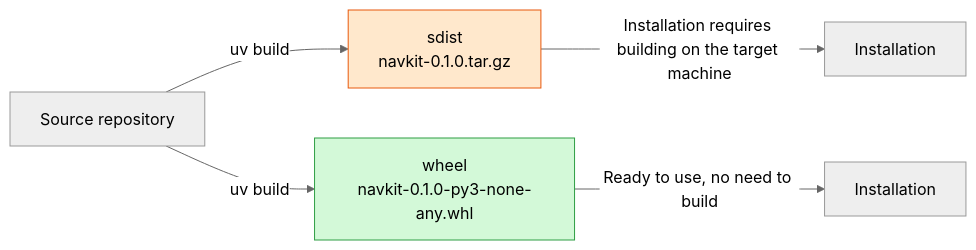
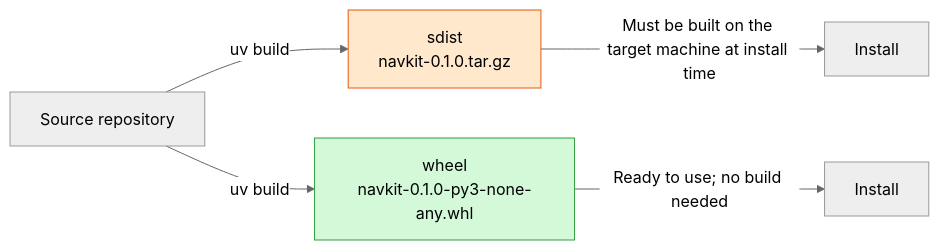
Before and after one commit to TingdeLiu/tingdeliu.github.io: diagram 16 of 22 in _translations/en/research/Python-Engineering-Survey.md, drawn with Mermaid (neutral theme). The commit also changed other lines of this file and 51 other files, not shown here.

````diff
--- a/_translations/en/research/Python-Engineering-Survey.md
+++ b/_translations/en/research/Python-Engineering-Survey.md
@@ -1397,9 +1397,9 @@
 ```mermaid
 flowchart LR
     SRC["Source repository"] -->|"uv build"| SD["sdist<br/>navkit-0.1.0.tar.gz"]
     SRC -->|"uv build"| WH["wheel<br/>navkit-0.1.0-py3-none-any.whl"]
-    SD -->|"Installation requires building on the target machine"| INST1["Installation"]
-    WH -->|"Ready to use, no need to build"| INST2["Installation"]
+    SD -->|"Must be built on the target machine at install time"| INST1["Install"]
+    WH -->|"Ready to use; no build needed"| INST2["Install"]
     style WH fill:#d3f9d8,stroke:#2f9e44
     style SD fill:#ffe8cc,stroke:#e8590c
 ```
````
